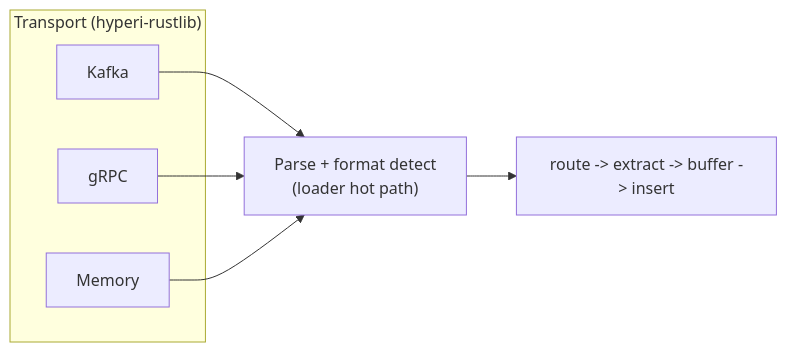
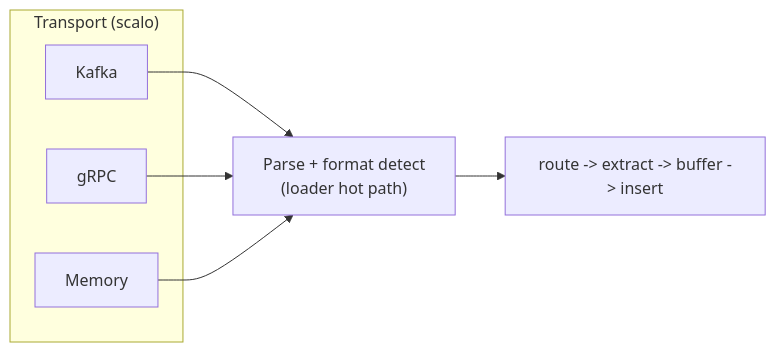
One commit to hyperi-io/dfe-loader changed the diagram in docs/transport/README.md. Above: the diagram before and after it, drawn with Mermaid. The commit also changed other lines of this file and 6 other files, not shown here.

First line of the commit message:
docs: rename hyperi-rustlib refs to scalo

````diff
--- a/docs/transport/README.md
+++ b/docs/transport/README.md
@@ -20,15 +20,15 @@
 ```mermaid
 flowchart LR
-    subgraph rustlib["Transport (hyperi-rustlib)"]
+    subgraph scalo["Transport (scalo)"]
         K["Kafka"]
         G["gRPC"]
         M["Memory"]
     end
     P["Parse + format detect<br/>(loader hot path)"]
     REST["route -> extract -> buffer -> insert"]
 
     K --> P
     G --> P
     M --> P
     P --> REST
 ```
````
